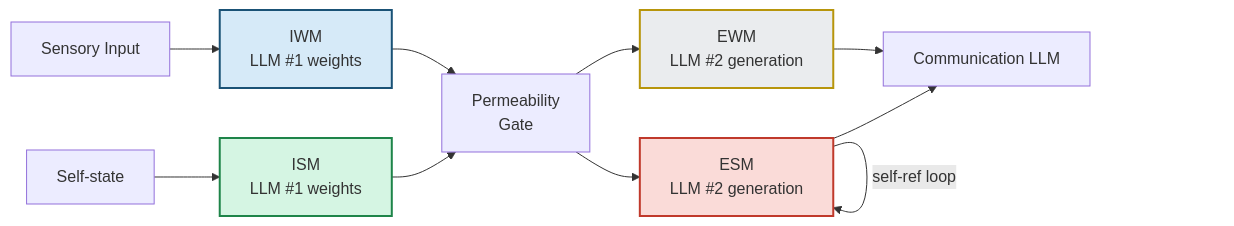
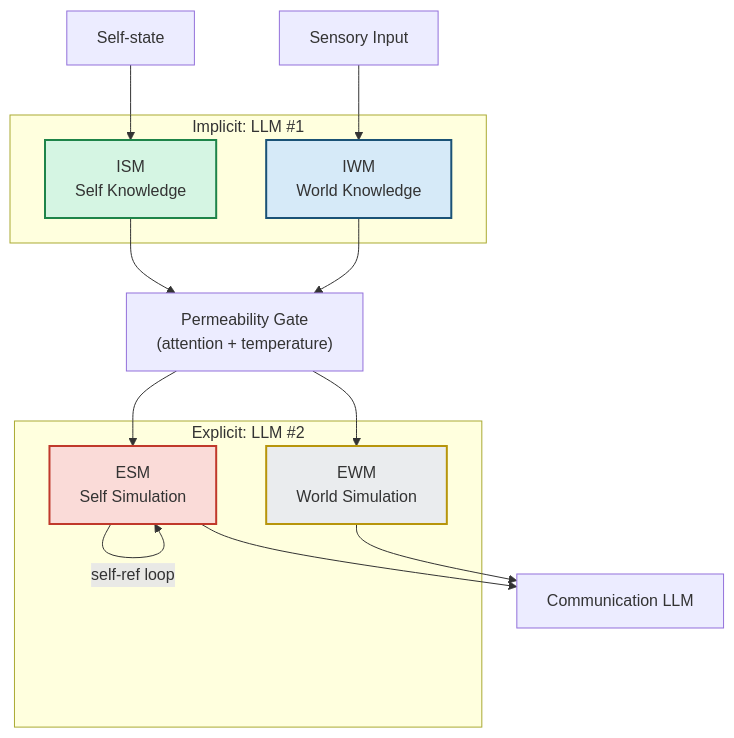
Before and after one commit to JeltzProstetnic/aIware: the diagram in docs/engineering/designs/pdf/mmd/design-01-simple.mmd, drawn with Mermaid. The commit also changed 52 other files, not shown here.

First line of the commit message:
Session 129: AIW-15 diagram redesign (all 16 AC designs)

```diff
--- a/docs/engineering/designs/pdf/mmd/design-01-simple.mmd
+++ b/docs/engineering/designs/pdf/mmd/design-01-simple.mmd
@@ -1,14 +1,22 @@
-graph LR
-    SENS[Sensory Input] --> IWM[IWM<br/>LLM #1 weights]
-    SELF[Self-state] --> ISM[ISM<br/>LLM #1 weights]
-    IWM --> GATE[Permeability<br/>Gate]
+graph TD
+    SENS[Sensory Input] --> IWM
+    SELF[Self-state] --> ISM
+    subgraph IMPL["Implicit: LLM #1"]
+        IWM["IWM<br/>World Knowledge"]
+        ISM["ISM<br/>Self Knowledge"]
+    end
+    IWM --> GATE["Permeability Gate<br/>(attention + temperature)"]
     ISM --> GATE
-    GATE --> EWM[EWM<br/>LLM #2 generation]
-    GATE --> ESM[ESM<br/>LLM #2 generation]
+    GATE --> EWM
+    GATE --> ESM
+    subgraph EXPL["Explicit: LLM #2"]
+        EWM["EWM<br/>World Simulation"]
+        ESM["ESM<br/>Self Simulation"]
+    end
     ESM -->|self-ref loop| ESM
     EWM --> COMM[Communication LLM]
     ESM --> COMM
     style IWM fill:#D6EAF8,stroke:#1A5276,stroke-width:2px
     style ISM fill:#D5F5E3,stroke:#1E8449,stroke-width:2px
     style EWM fill:#EAECEE,stroke:#B7950B,stroke-width:2px
     style ESM fill:#FADBD8,stroke:#C0392B,stroke-width:2px
```
